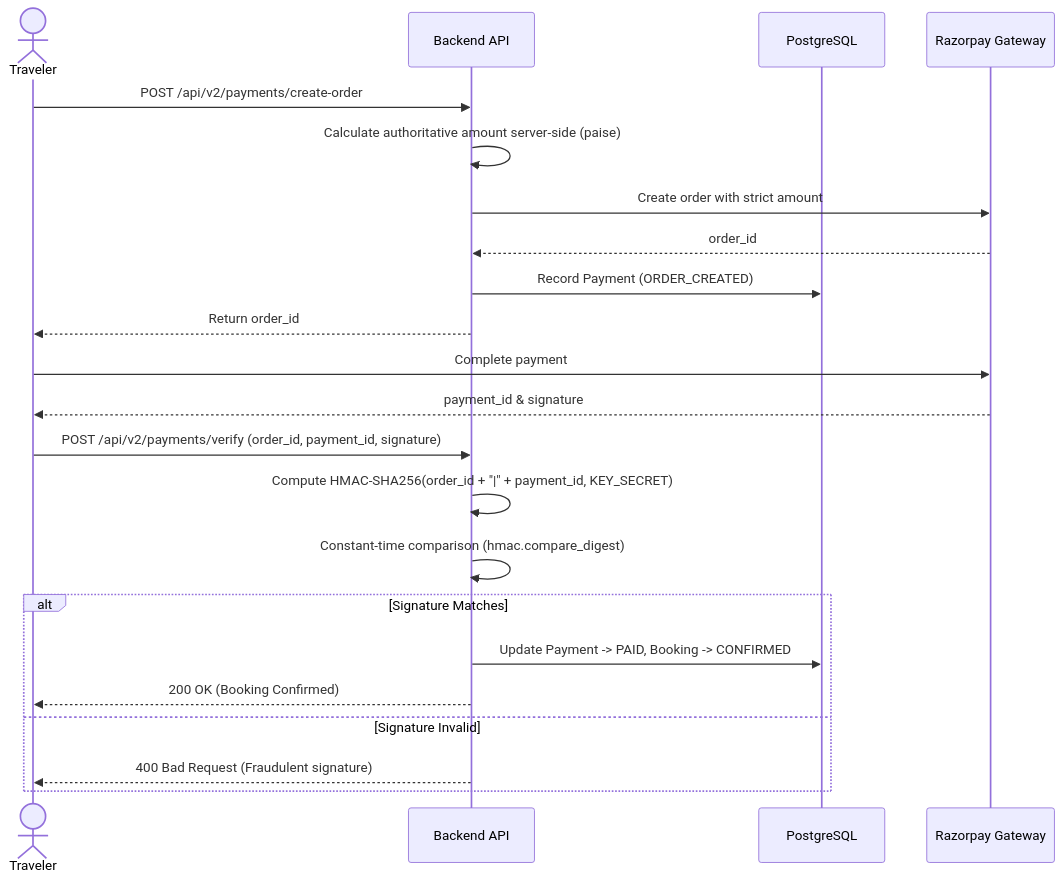
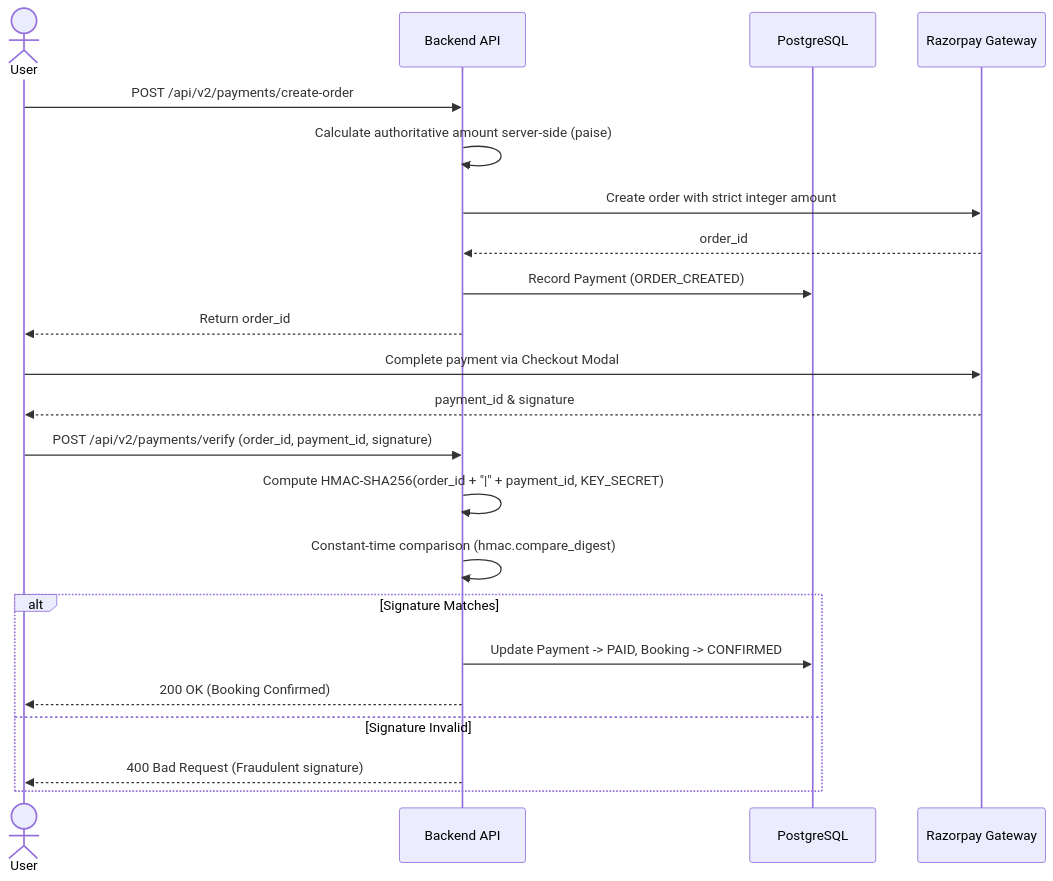
The second of 2 diagrams in docs/security.md (priyanshu130018/Namma-Connect), drawn with Mermaid before and after one commit. The commit also changed other lines of this file and 5 other files, not shown here.

````diff
--- a/docs/security.md
+++ b/docs/security.md
@@ -106,27 +100,27 @@
 ```mermaid
 sequenceDiagram
-    actor Traveler
+    actor Traveler as User
     participant Server as Backend API
     participant DB as PostgreSQL
     participant Razorpay as Razorpay Gateway
 
     Traveler->>Server: POST /api/v2/payments/create-order
     Server->>Server: Calculate authoritative amount server-side (paise)
-    Server->>Razorpay: Create order with strict amount
+    Server->>Razorpay: Create order with strict integer amount
     Razorpay-->>Server: order_id
     Server->>DB: Record Payment (ORDER_CREATED)
     Server-->>Traveler: Return order_id
     
-    Traveler->>Razorpay: Complete payment
+    Traveler->>Razorpay: Complete payment via Checkout Modal
     Razorpay-->>Traveler: payment_id & signature
     Traveler->>Server: POST /api/v2/payments/verify (order_id, payment_id, signature)
     
     Server->>Server: Compute HMAC-SHA256(order_id + "|" + payment_id, KEY_SECRET)
     Server->>Server: Constant-time comparison (hmac.compare_digest)
     alt Signature Matches
         Server->>DB: Update Payment -> PAID, Booking -> CONFIRMED
         Server-->>Traveler: 200 OK (Booking Confirmed)
     else Signature Invalid
         Server-->>Traveler: 400 Bad Request (Fraudulent signature)
     end
 ```
````
